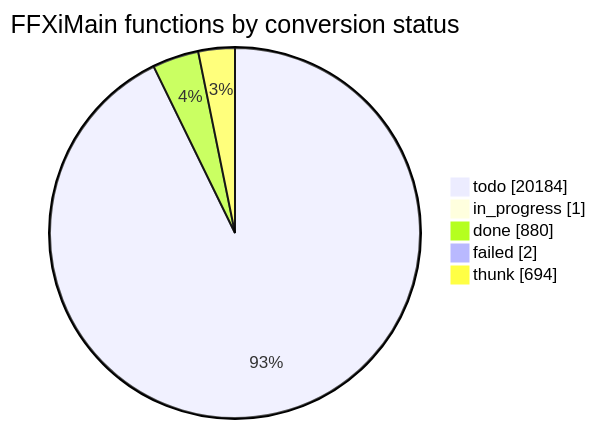
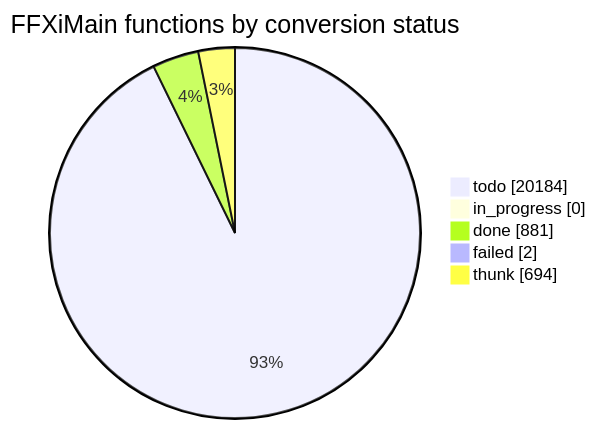
One commit to cowrevenge/cow_kuluu_xi_anything changed the diagram in docs/cow/STATUS.md. Above: the diagram before and after it, drawn with Mermaid. The commit also changed other lines of this file and 9 other files, not shown here.

````diff
--- a/docs/cow/STATUS.md
+++ b/docs/cow/STATUS.md
@@ -18,9 +18,9 @@
 ```mermaid
 pie showData
     title FFXiMain functions by conversion status
     "todo" : 20184
-    "in_progress" : 1
-    "done" : 880
+    "in_progress" : 0
+    "done" : 881
     "failed" : 2
     "thunk" : 694
 ```
````
